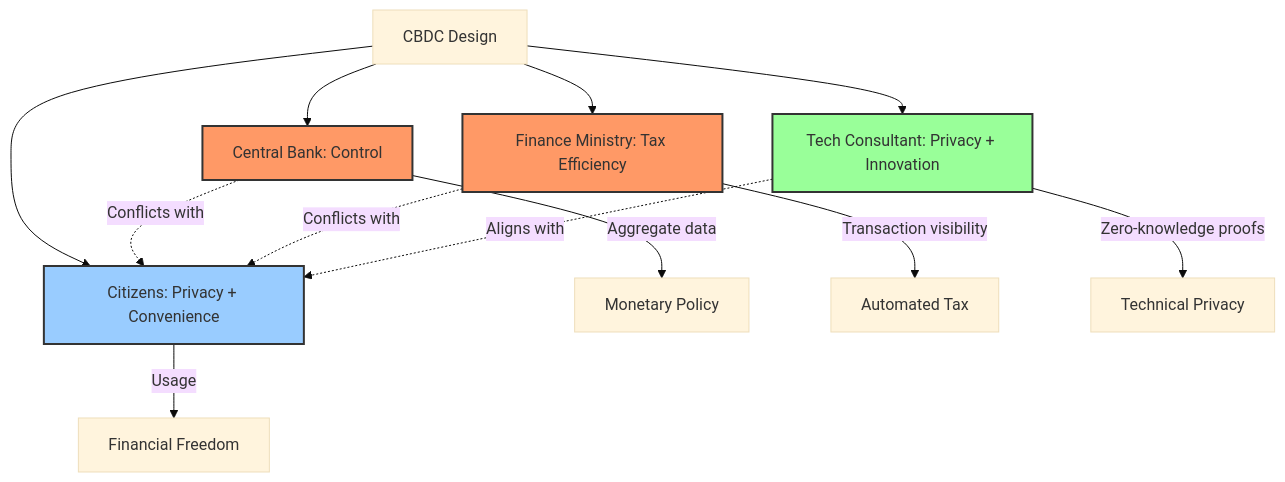
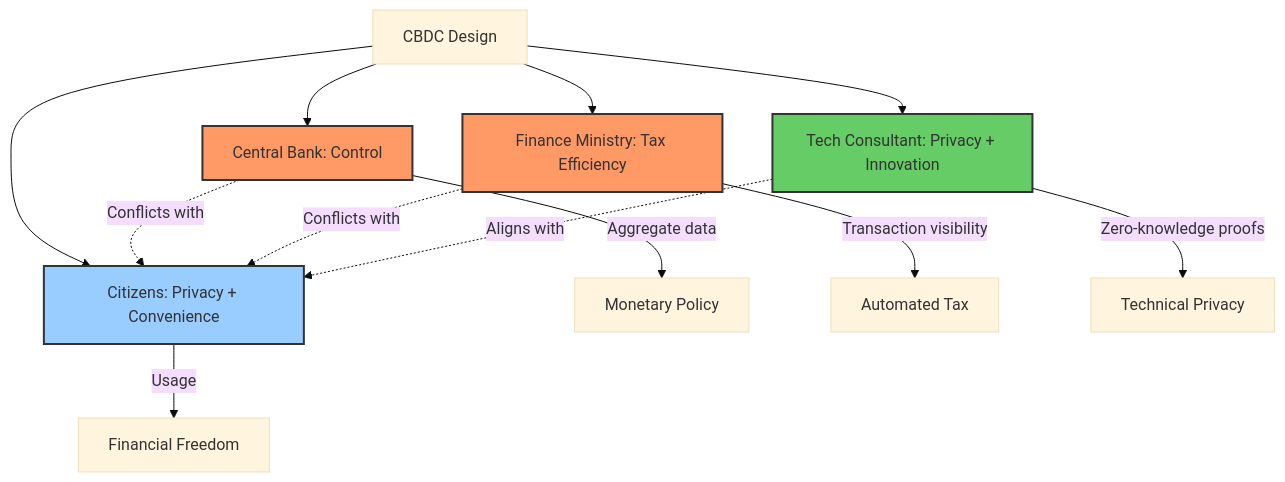
Diagram 13 of 16 in Industry/Blockchain/Blockchain/ValueChain/QA_DeepSeek.md (ljg-cqu/knowledge), drawn with Mermaid (base theme) before and after one commit. The commit also changed other lines of this file and 6 other files, not shown here.

````diff
--- a/Industry/Blockchain/Blockchain/ValueChain/QA_DeepSeek.md
+++ b/Industry/Blockchain/Blockchain/ValueChain/QA_DeepSeek.md
@@ -1256,21 +1256,21 @@
 ```mermaid
 graph TD
     A[CBDC Design] --> B[Central Bank: Control]
     A --> C[Finance Ministry: Tax Efficiency]
     A --> D[Tech Consultant: Privacy + Innovation]
     A --> E[Citizens: Privacy + Convenience]
     
     B -.->|Conflicts with| E
     C -.->|Conflicts with| E
     D -.->|Aligns with| E
     
     B -->|Aggregate data| F[Monetary Policy]
     C -->|Transaction visibility| G[Automated Tax]
     D -->|Zero-knowledge proofs| H[Technical Privacy]
     E -->|Usage| I[Financial Freedom]
     
     style B fill:#f96,stroke:#333,stroke-width:2px
     style C fill:#f96,stroke:#333,stroke-width:2px
-    style D fill:#9f9,stroke:#333,stroke-width:2px
+    style D fill:#6c6,stroke:#333,stroke-width:2px
     style E fill:#9cf,stroke:#333,stroke-width:2px
 ```
````
